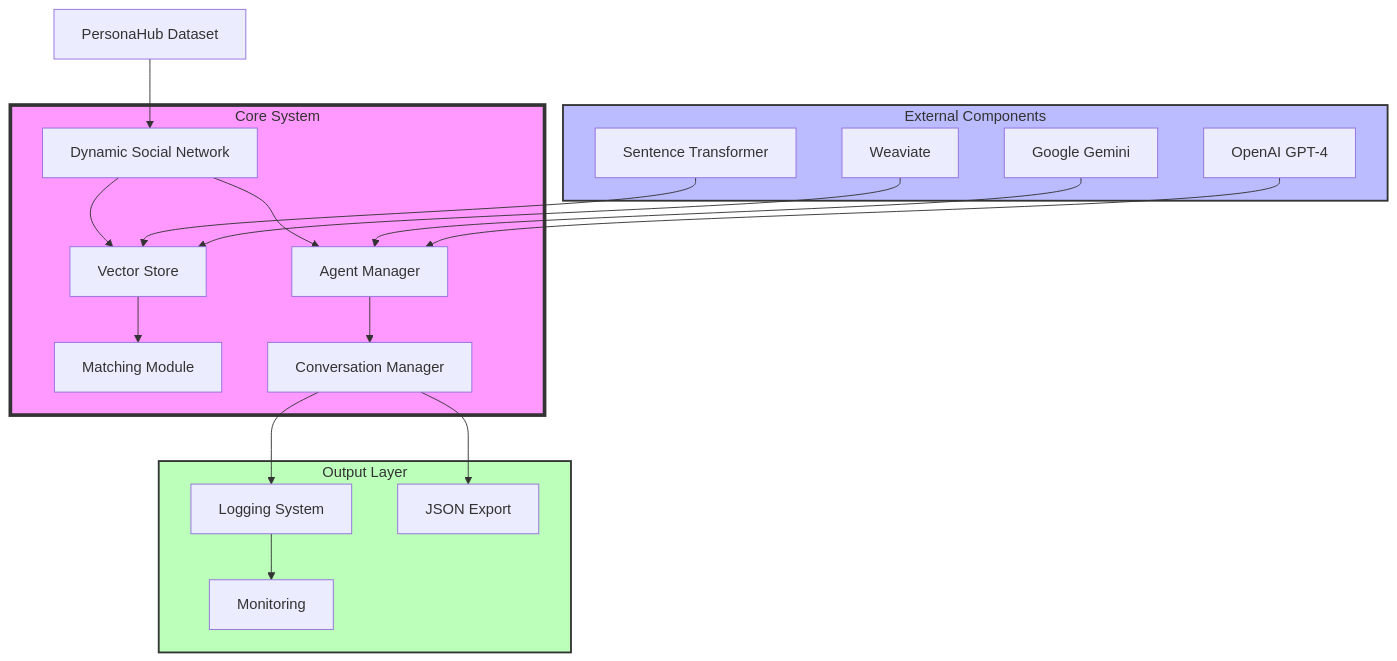
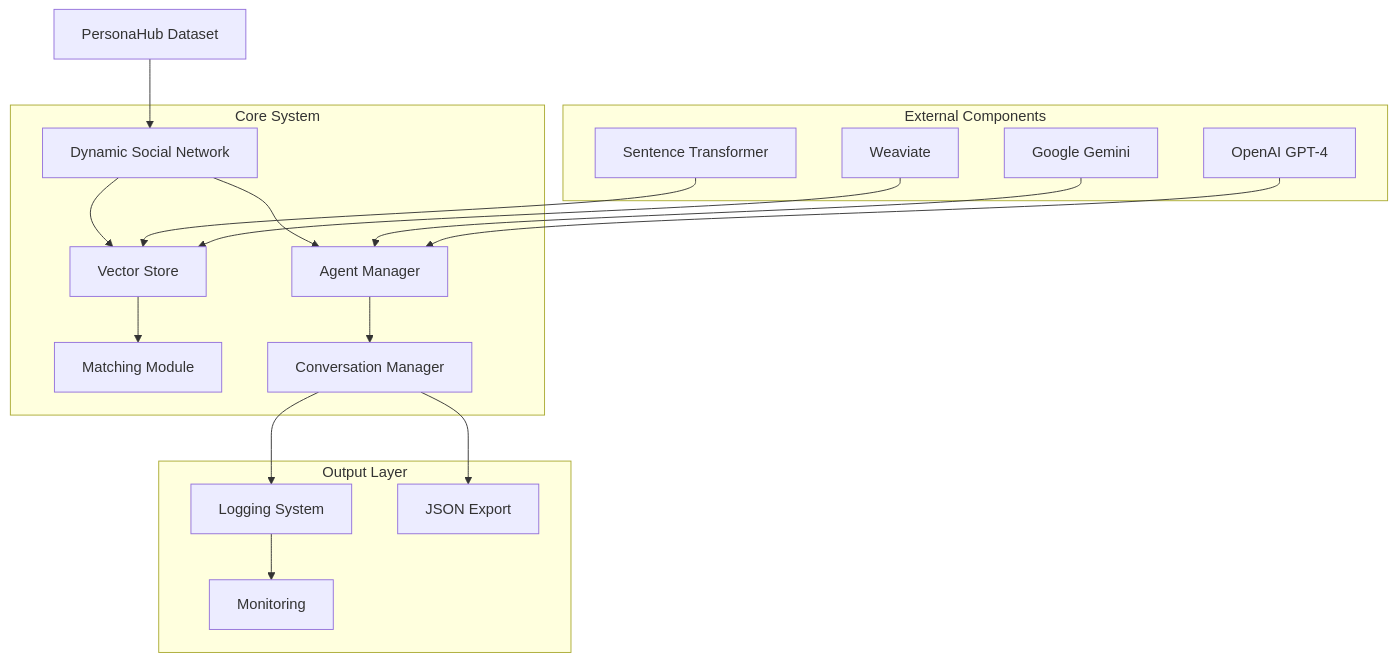
The diagram in README.md (The-Swarm-Corporation/Mryaid), drawn with Mermaid before and after one commit.

````diff
--- a/README.md
+++ b/README.md
@@ -28,28 +28,24 @@
 ```mermaid
 flowchart TD
     PH[PersonaHub Dataset] --> DSN[Dynamic Social Network]
     
     subgraph Core["Core System"]
         DSN --> VS[Vector Store]
         DSN --> AM[Agent Manager]
         VS --> MM[Matching Module]
         AM --> CM[Conversation Manager]
     end
 
     subgraph Components["External Components"]
         ST[Sentence Transformer] --> VS
         WV[Weaviate] --> VS
         GM[Google Gemini] --> AM
         OAI[OpenAI GPT-4] --> AM
     end
 
     subgraph Outputs["Output Layer"]
         CM --> LOG[Logging System]
         CM --> EXP[JSON Export]
         LOG --> MON[Monitoring]
     end
-
-    style Core fill:#f9f,stroke:#333,stroke-width:4px
-    style Components fill:#bbf,stroke:#333,stroke-width:2px
-    style Outputs fill:#bfb,stroke:#333,stroke-width:2px
 ```
````
